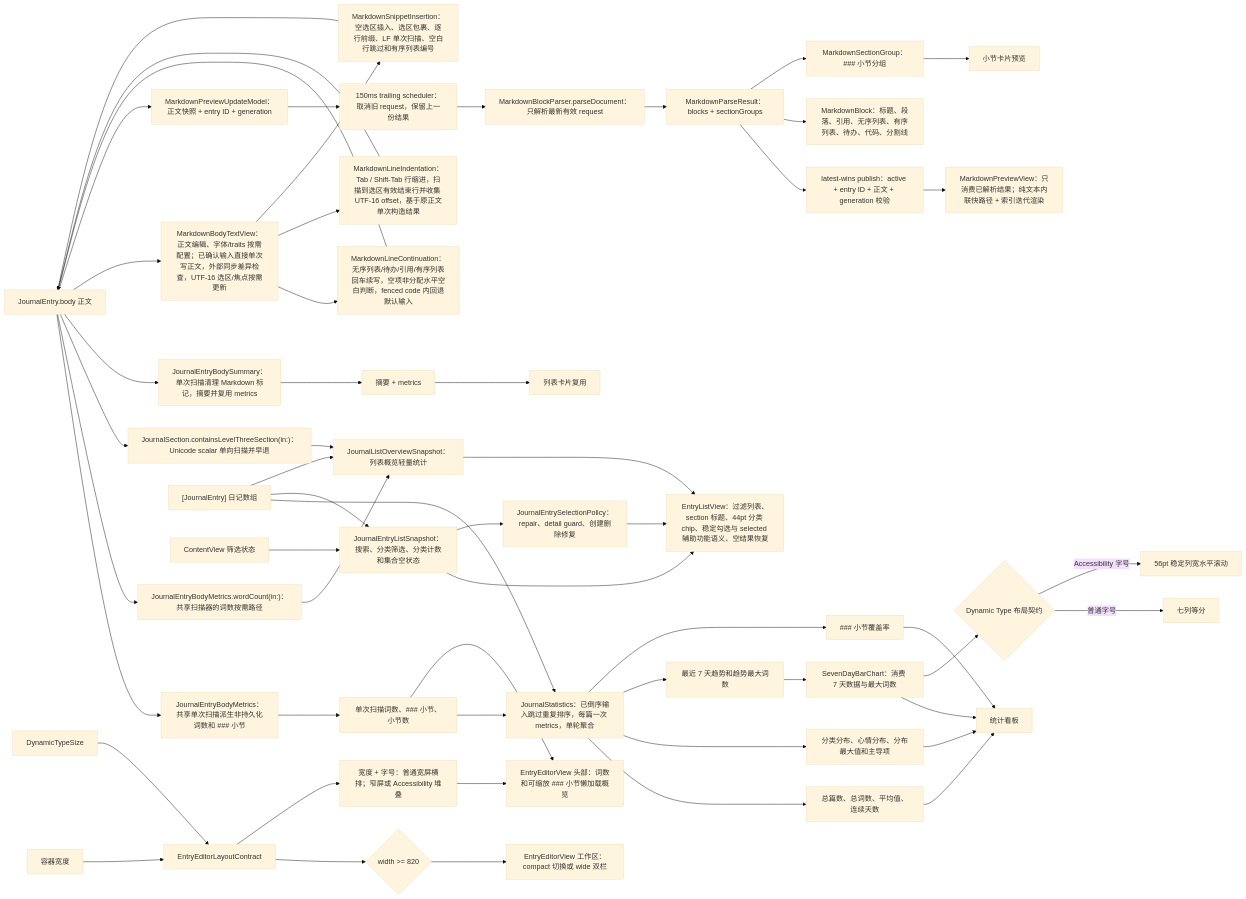
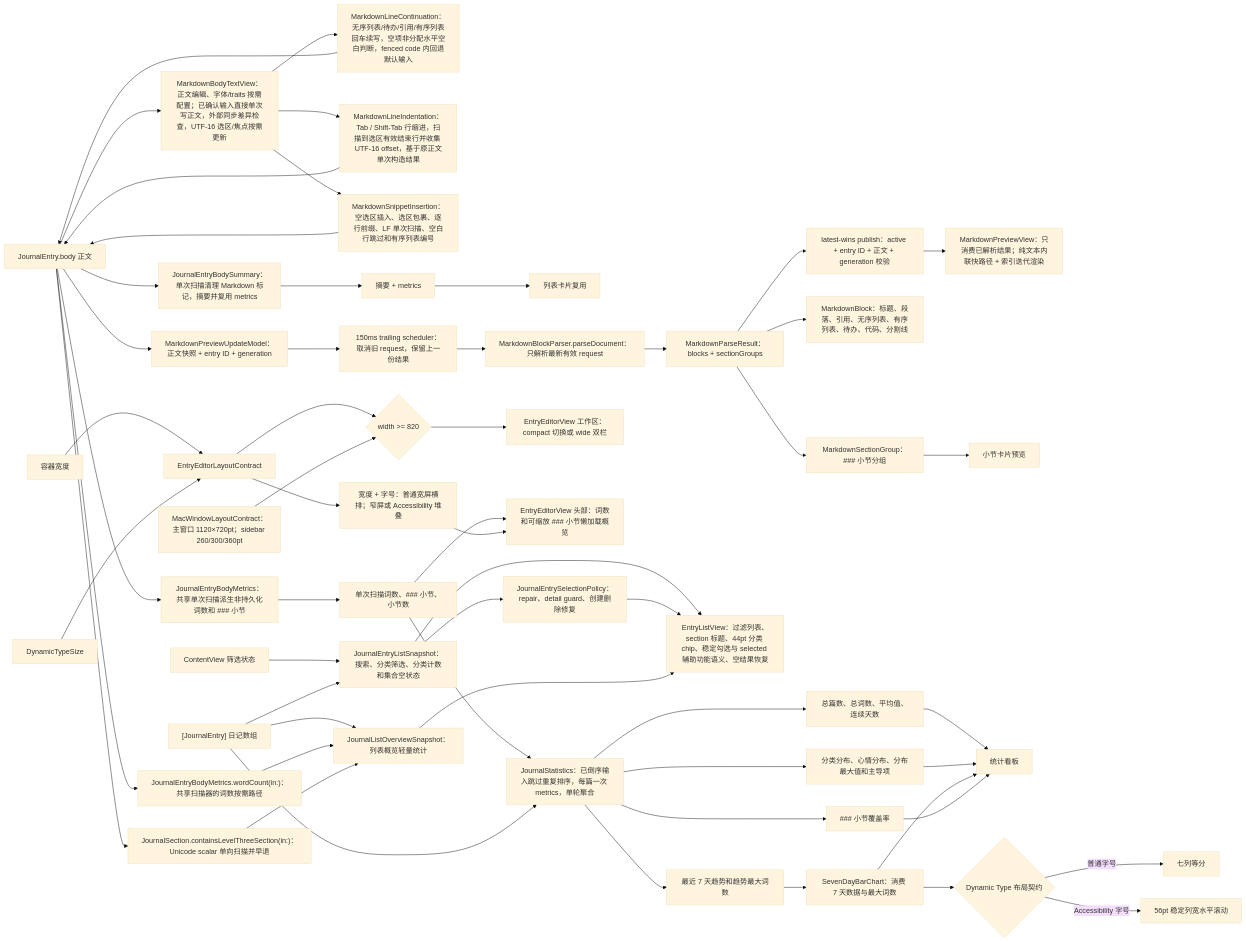
The fourth of 6 diagrams in md/flow/flowchart.md (Altman-sam114/117), drawn with Mermaid (base theme) before and after one commit. The commit also changed other lines of this file and 9 other files, not shown here.

````diff
--- a/md/flow/flowchart.md
+++ b/md/flow/flowchart.md
@@ -167,56 +173,57 @@
 ```mermaid
 flowchart LR
   Body["JournalEntry.body 正文"] --> MetricsNode2["JournalEntryBodyMetrics：共享单次扫描派生非持久化词数和 ### 小节"]
   Body --> OverviewWordCount["JournalEntryBodyMetrics.wordCount(in:)：共享扫描器的词数按需路径"]
   Body --> SectionPresence2["JournalSection.containsLevelThreeSection(in:)：Unicode scalar 单向扫描并早退"]
   Body --> Summary["JournalEntryBodySummary：单次扫描清理 Markdown 标记，摘要并复用 metrics"]
   Body --> BodyText["MarkdownBodyTextView：正文编辑、字体/traits 按需配置；已确认输入直接单次写正文，外部同步差异检查，UTF-16 选区/焦点按需更新"]
   BodyText --> ContinueRule["MarkdownLineContinuation：无序列表/待办/引用/有序列表回车续写，空项非分配水平空白判断，fenced code 内回退默认输入"]
   ContinueRule --> Body
   BodyText --> IndentRule["MarkdownLineIndentation：Tab / Shift-Tab 行缩进，扫描到选区有效结束行并收集 UTF-16 offset，基于原正文单次构造结果"]
   IndentRule --> Body
   BodyText --> InsertRule["MarkdownSnippetInsertion：空选区插入、选区包裹、逐行前缀、LF 单次扫描、空白行跳过和有序列表编号"]
   InsertRule --> Body
   MetricsNode2 --> MetricsData["单次扫描词数、### 小节、小节数"]
   Summary --> Excerpt["摘要 + metrics"]
   Excerpt --> RowEditor["列表卡片复用"]
   MetricsData --> Statistics["JournalStatistics：已倒序输入跳过重复排序，每篇一次 metrics，单轮聚合"]
   EditorWidth["容器宽度"] --> EditorLayout["EntryEditorLayoutContract"]
   EditorTypeSize["DynamicTypeSize"] --> EditorLayout
   EditorLayout --> WorkspaceDecision{"width >= 820"}
   WorkspaceDecision --> EditorWorkspace["EntryEditorView 工作区：compact 切换或 wide 双栏"]
+  MacWindowLayout["MacWindowLayoutContract：主窗口 1120×720pt；sidebar 260/300/360pt"] --> WorkspaceDecision
   EditorLayout --> HeaderDecision["宽度 + 字号：普通宽屏横排；窄屏或 Accessibility 堆叠"]
   MetricsData --> EditorHeader["EntryEditorView 头部：词数和可缩放 ### 小节懒加载概览"]
   HeaderDecision --> EditorHeader
   Body --> PreviewRequest["MarkdownPreviewUpdateModel：正文快照 + entry ID + generation"]
   PreviewRequest --> PreviewScheduler["150ms trailing scheduler：取消旧 request，保留上一份结果"]
   PreviewScheduler --> Parse["MarkdownBlockParser.parseDocument：只解析最新有效 request"]
   Parse --> Result["MarkdownParseResult：blocks + sectionGroups"]
   Result --> LatestWins["latest-wins publish：active + entry ID + 正文 + generation 校验"]
   Result --> Blocks["MarkdownBlock：标题、段落、引用、无序列表、有序列表、待办、代码、分割线"]
   LatestWins --> Preview["MarkdownPreviewView：只消费已解析结果；纯文本内联快路径 + 索引迭代渲染"]
   Result --> Sections["MarkdownSectionGroup：### 小节分组"]
   Sections --> SectionPreview["小节卡片预览"]
   Entries["[JournalEntry] 日记数组"] --> Statistics
   FilterState2["ContentView 筛选状态"] --> ListSnapshot2["JournalEntryListSnapshot：搜索、分类筛选、分类计数和集合空状态"]
   Entries --> ListSnapshot2
   ListSnapshot2 --> ListView["EntryListView：过滤列表、section 标题、44pt 分类 chip、稳定勾选与 selected 辅助功能语义、空结果恢复"]
   ListSnapshot2 --> SelectionPolicy2["JournalEntrySelectionPolicy：repair、detail guard、创建删除修复"]
   SelectionPolicy2 --> ListView
   Entries --> ListOverview2["JournalListOverviewSnapshot：列表概览轻量统计"]
   OverviewWordCount --> ListOverview2
   SectionPresence2 --> ListOverview2
   ListOverview2 --> ListView
   Statistics --> Metrics["总篇数、总词数、平均值、连续天数"]
   Statistics --> Distributions["分类分布、心情分布、分布最大值和主导项"]
   Statistics --> Trend["最近 7 天趋势和趋势最大词数"]
   Statistics --> Coverage["### 小节覆盖率"]
   Metrics --> Dashboard["统计看板"]
   Distributions --> Dashboard
   Trend --> TrendChart["SevenDayBarChart：消费 7 天数据与最大词数"]
   TrendChart --> Dashboard
   TrendChart --> TrendLayout2{"Dynamic Type 布局契约"}
   TrendLayout2 -- "普通字号" --> EqualTrend2["七列等分"]
   TrendLayout2 -- "Accessibility 字号" --> ScrollingTrend2["56pt 稳定列宽水平滚动"]
   Coverage --> Dashboard
 ```
````
